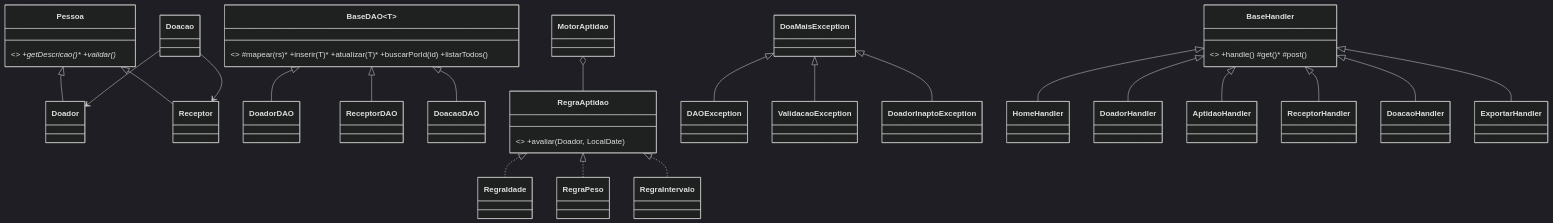
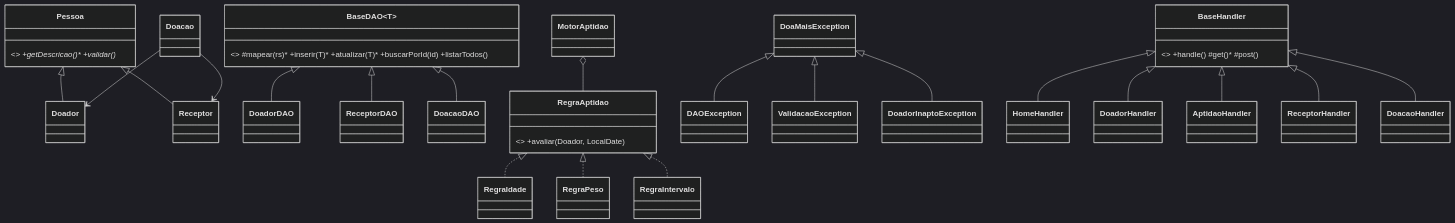
One commit to G-Ridolfi/DoaMais changed the first of 2 diagrams in docs/CONTRATOS.md. Above: the diagram before and after it, drawn with Mermaid (dark theme). The commit also changed other lines of this file and 16 other files, not shown here.

````diff
--- a/docs/CONTRATOS.md
+++ b/docs/CONTRATOS.md
@@ -43,27 +41,26 @@
 ```mermaid
 classDiagram
     class Pessoa { <<abstract>> +getDescricao()* +validar()* }
     Pessoa <|-- Doador
     Pessoa <|-- Receptor
     class BaseDAO~T~ { <<abstract>> #mapear(rs)* +inserir(T)* +atualizar(T)* +buscarPorId(id) +listarTodos() }
     BaseDAO <|-- DoadorDAO
     BaseDAO <|-- ReceptorDAO
     BaseDAO <|-- DoacaoDAO
     class RegraAptidao { <<interface>> +avaliar(Doador, LocalDate) }
     RegraAptidao <|.. RegraIdade
     RegraAptidao <|.. RegraPeso
     RegraAptidao <|.. RegraIntervalo
     MotorAptidao o-- RegraAptidao
     DoaMaisException <|-- DAOException
     DoaMaisException <|-- ValidacaoException
     DoaMaisException <|-- DoadorInaptoException
     class BaseHandler { <<abstract>> +handle() #get()* #post() }
     BaseHandler <|-- HomeHandler
     BaseHandler <|-- DoadorHandler
     BaseHandler <|-- AptidaoHandler
     BaseHandler <|-- ReceptorHandler
     BaseHandler <|-- DoacaoHandler
-    BaseHandler <|-- ExportarHandler
     Doacao --> Doador
     Doacao --> Receptor
 ```
````
